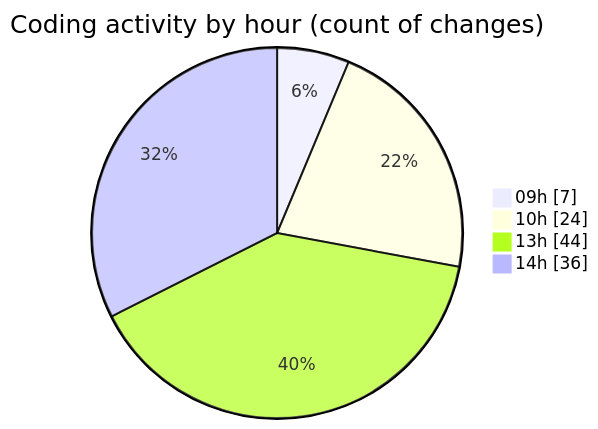
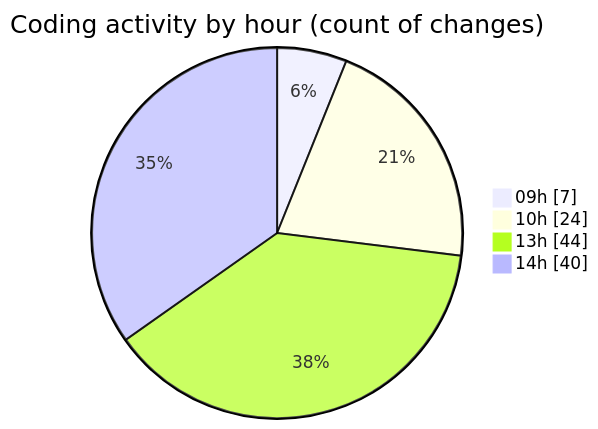
The second of 2 diagrams in 2025-04-10/cda/README.md (momahboobian/code-tracking), drawn with Mermaid before and after one commit. The commit also changed other lines of this file and 1 other file, not shown here.

````diff
--- a/2025-04-10/cda/README.md
+++ b/2025-04-10/cda/README.md
@@ -33,8 +33,8 @@
 ```mermaid
 pie showData
 title Coding activity by hour (count of changes)
 "09h" : 7
 "10h" : 24
 "13h" : 44
-"14h" : 36
+"14h" : 40
 ```
````
